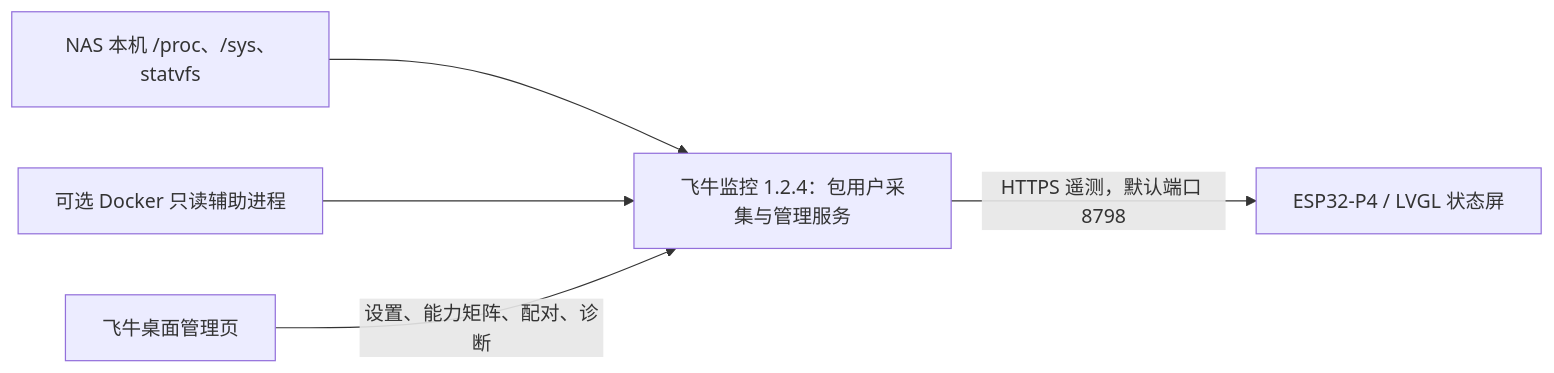
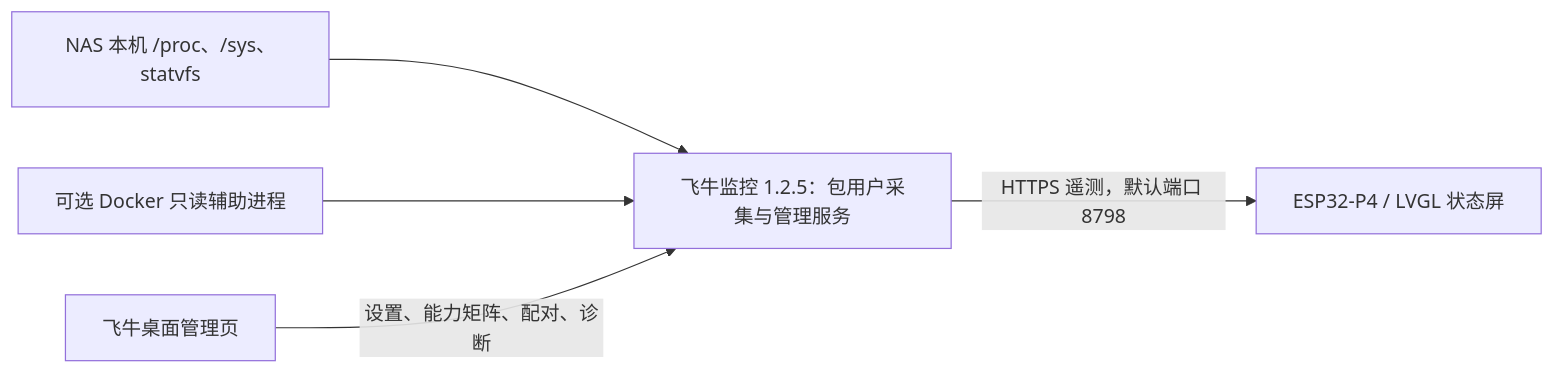
Before and after one commit to ashllll/p4-7b-fnos-monitor: the diagram in README.md, drawn with Mermaid. The commit also changed other lines of this file and 148 other files, not shown here.

````diff
--- a/README.md
+++ b/README.md
@@ -42,7 +42,7 @@
 ```mermaid
 flowchart LR
-    A["NAS 本机 /proc、/sys、statvfs"] --> B["飞牛监控 1.2.4：包用户采集与管理服务"]
+    A["NAS 本机 /proc、/sys、statvfs"] --> B["飞牛监控 1.2.5：包用户采集与管理服务"]
     D["可选 Docker 只读辅助进程"] --> B
     B -->|HTTPS 遥测，默认端口 8798| C["ESP32-P4 / LVGL 状态屏"]
     E["飞牛桌面管理页"] -->|设置、能力矩阵、配对、诊断| B
 ```
````
